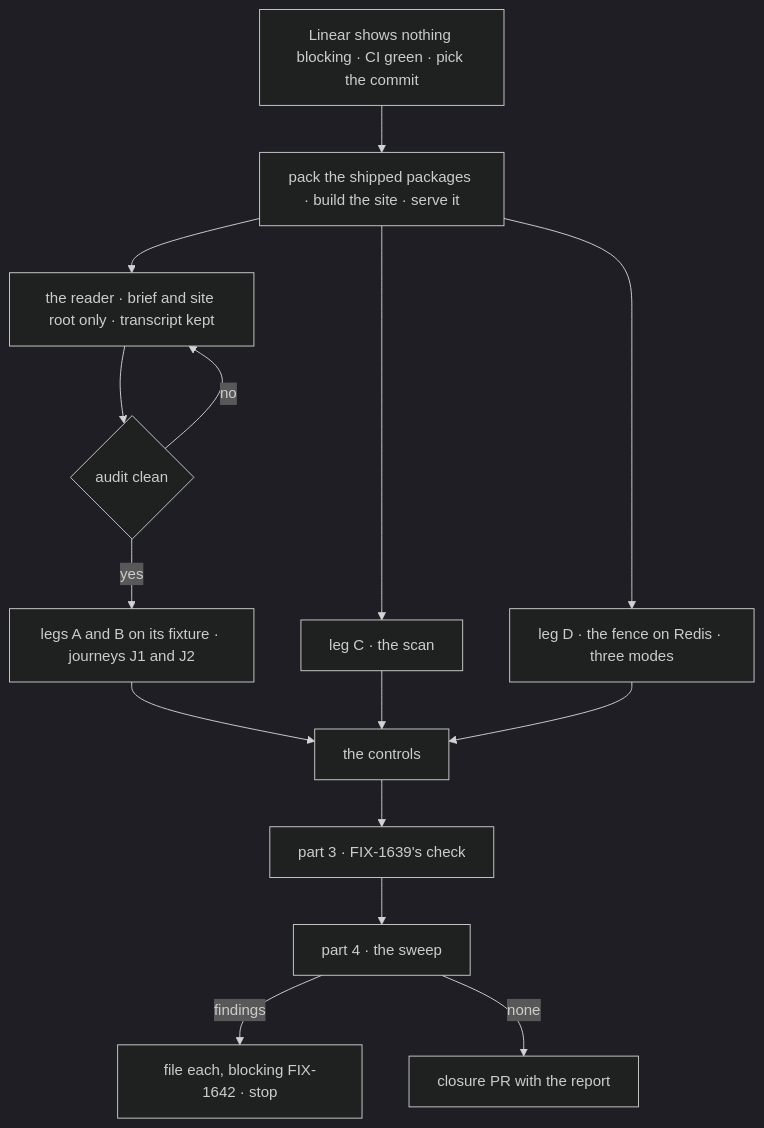
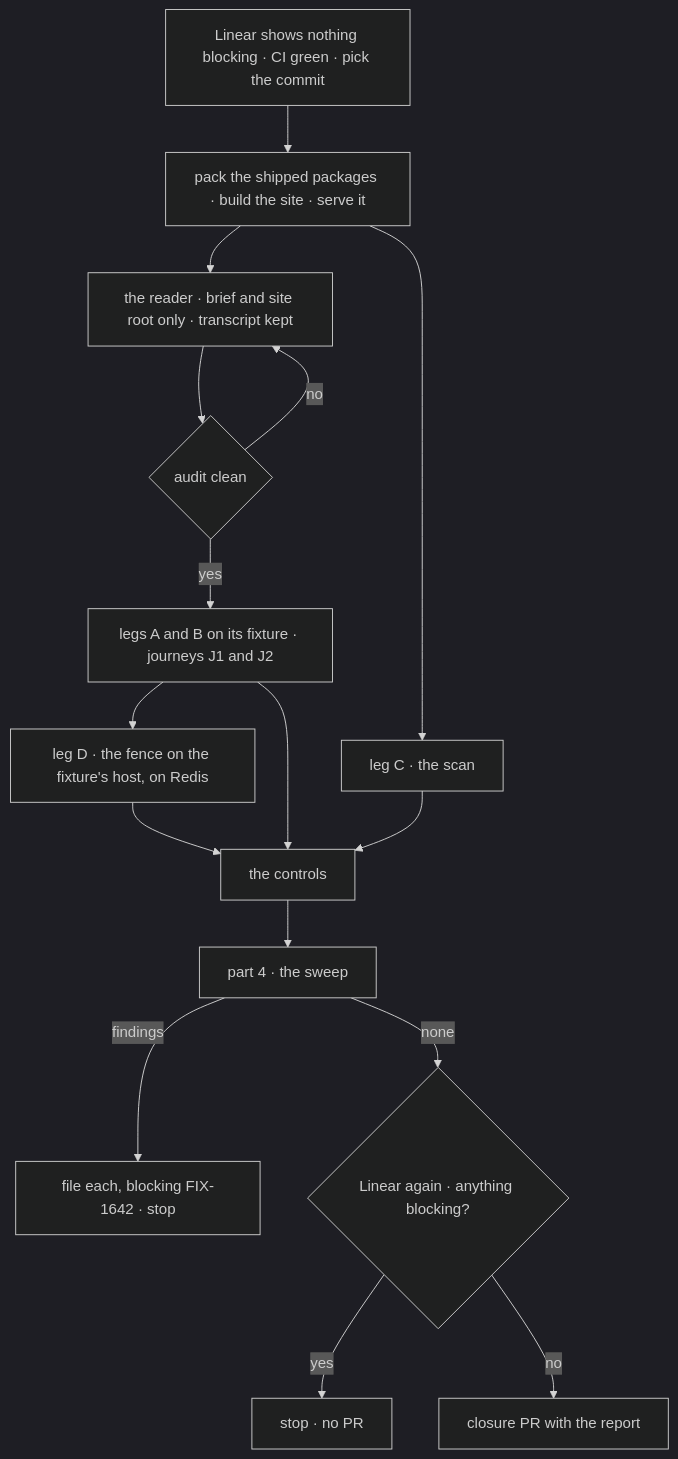
One commit to fixpoint-labs/flow-state-dev changed the diagram in specs/issues/FIX-1642/PLAN.md. Above: the diagram before and after it, drawn with Mermaid (dark theme). The commit also changed other lines of this file and 7 other files, not shown here.

````diff
--- a/specs/issues/FIX-1642/PLAN.md
+++ b/specs/issues/FIX-1642/PLAN.md
@@ -22,17 +27,18 @@
 ```mermaid
 flowchart TD
   L["Linear shows nothing blocking · CI green · pick the commit"] --> P["pack the shipped packages · build the site · serve it"]
   P --> R["the reader · brief and site root only · transcript kept"]
   P --> C["leg C · the scan"]
-  P --> D["leg D · the fence on Redis · three modes"]
   R --> AU{"audit clean"}
   AU -->|"no"| R
   AU -->|"yes"| AB["legs A and B on its fixture · journeys J1 and J2"]
+  AB --> D["leg D · the fence on the fixture's host, on Redis"]
   AB --> K["the controls"]
   C --> K
   D --> K
-  K --> P3["part 3 · FIX-1639's check"]
-  P3 --> P4["part 4 · the sweep"]
+  K --> P4["part 4 · the sweep"]
   P4 -->|"findings"| F["file each, blocking FIX-1642 · stop"]
-  P4 -->|"none"| PR["closure PR with the report"]
+  P4 -->|"none"| LR{"Linear again · anything blocking?"}
+  LR -->|"yes"| ST["stop · no PR"]
+  LR -->|"no"| PR["closure PR with the report"]
 ```
````
